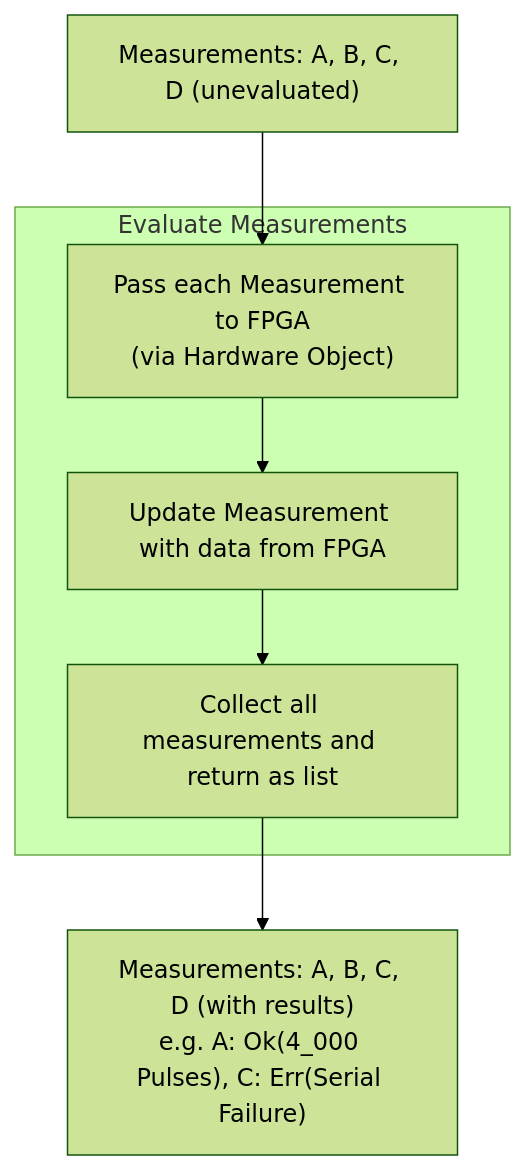
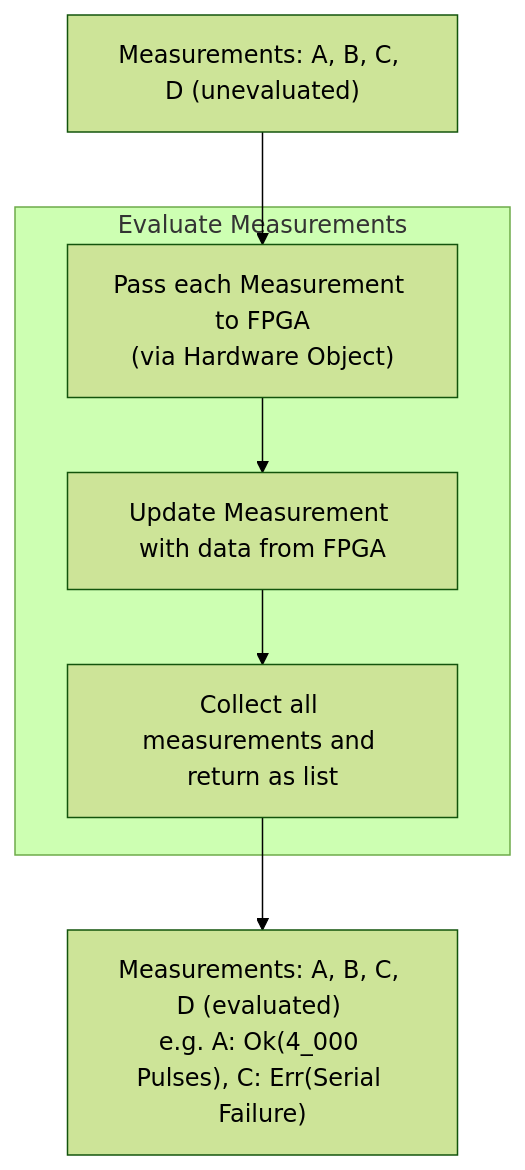
Diagram 18 of 22 in docs/sphinx/source/architecture/index.rst (evolvablehardware/BitstreamEvolution), drawn with Mermaid (forest theme) before and after one commit. The commit also changed other lines of this file and 28 other files, not shown here.

```diff
--- a/docs/sphinx/source/architecture/index.rst
+++ b/docs/sphinx/source/architecture/index.rst
@@ -440,12 +484,13 @@
 .. mermaid::
 
-   flowchart TD
-       minput["Measurements: A, B, C, D (unevaluated)"]
-       subgraph EvalMeas["Evaluate Measurements"]
-           pass["Pass each Measurement to FPGA\n(via Hardware Object)"]
-           update["Update Measurement with data from FPGA"]
-           collect["Collect all measurements and return as list"]
-           pass --> update --> collect
-       end
-       minput --> pass
-       collect --> mresult["Measurements: A, B, C, D (with results)\ne.g. A: Ok(4_000 Pulses), C: Err(Serial Failure)"]
+    flowchart TD
+        minput["Measurements: A, B, C, D (unevaluated)"]
+        subgraph EvalMeas["Evaluate Measurements"]
+            pass["Pass each Measurement to FPGA\n(via Hardware Object)"]
+            update["Update Measurement with data from FPGA"]
+            collect["Collect all measurements and return as list"]
+            pass --> update --> collect
+        end
+        minput --> pass
+        collect --> mresult["Measurements: A, B, C, D (evaluated) 
+    e.g. A: Ok(4_000 Pulses), C: Err(Serial Failure)"]
```
